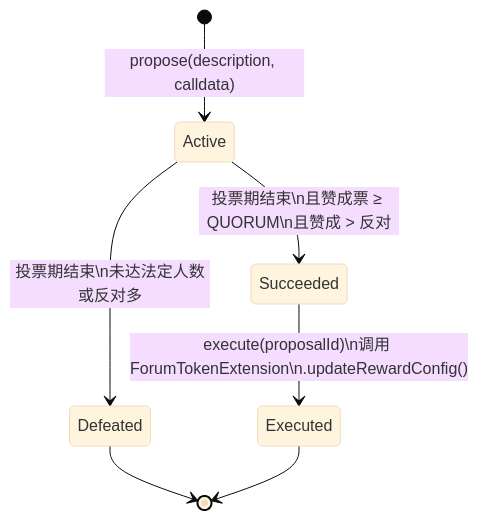
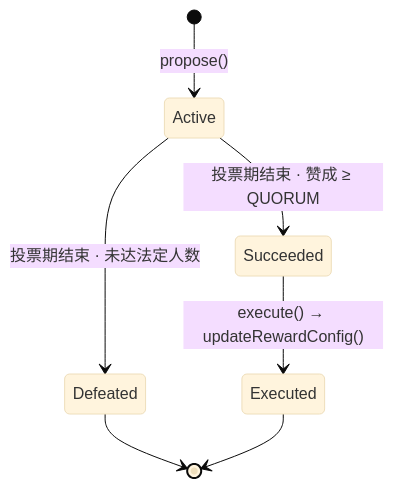
The fourth of 4 diagrams in README.md (zzzzzzzzzzhy/zk_fisco_platform), drawn with Mermaid (base theme) before and after one commit. The commit also changed other lines of this file and 1 other file, not shown here.

Commit message:
优化 Mermaid 图表：简化节点、去掉换行、统一用 flowchart

````diff
--- a/README.md
+++ b/README.md
@@ -185,9 +156,9 @@
 ```mermaid
 stateDiagram-v2
-    [*] --> Active: propose(description, calldata)
-    Active --> Succeeded: 投票期结束\n且赞成票 ≥ QUORUM\n且赞成 > 反对
-    Active --> Defeated: 投票期结束\n未达法定人数或反对多
-    Succeeded --> Executed: execute(proposalId)\n调用 ForumTokenExtension\n.updateRewardConfig()
+    [*] --> Active : propose()
+    Active --> Succeeded : 投票期结束 · 赞成 ≥ QUORUM
+    Active --> Defeated : 投票期结束 · 未达法定人数
+    Succeeded --> Executed : execute() → updateRewardConfig()
     Defeated --> [*]
     Executed --> [*]
 ```
````
